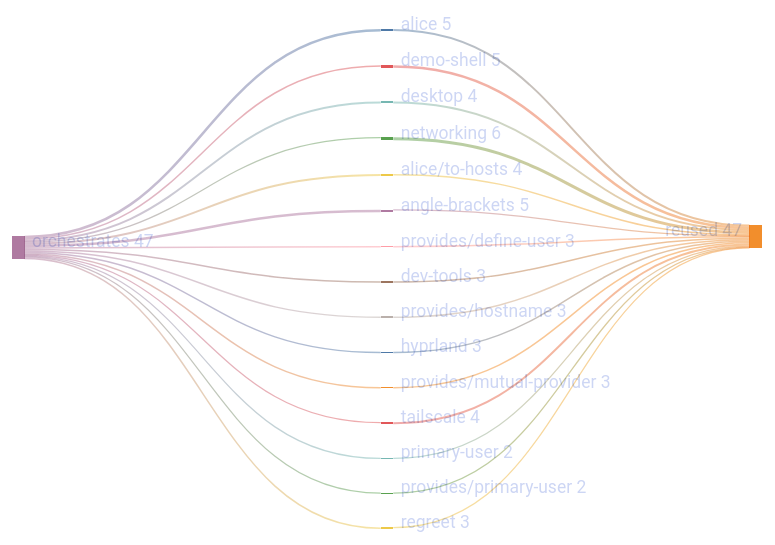
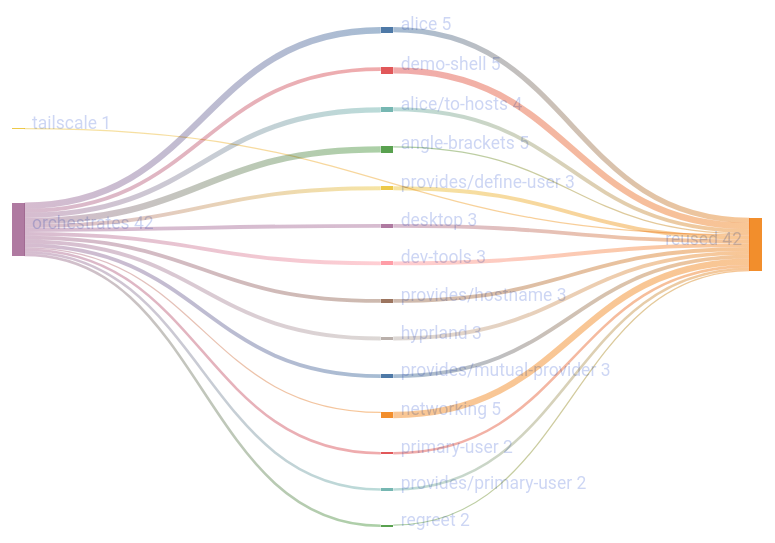
Before and after one commit to sini/den: the diagram in templates/diag-fx-demo/diagrams/angle-brackets-fan.md, drawn with Mermaid. The commit also changed 526 other files, not shown here.

Commit message:
chore: update fx diagrams

````diff
--- a/templates/diag-fx-demo/diagrams/angle-brackets-fan.md
+++ b/templates/diag-fx-demo/diagrams/angle-brackets-fan.md
@@ -5,35 +5,34 @@
 ```mermaid
 %%{init: {"theme":"base","themeVariables":{"activationBkgColor":"#313244","activationBorderColor":"#6c7086","actorBkg":"#313244","actorBorder":"#a6adc8","actorLineColor":"#a6adc8","actorTextColor":"#cdd6f4","background":"#1e1e2e","classText":"#cdd6f4","clusterBkg":"#313244","clusterBorder":"#6c7086","edgeLabelBackground":"#1e1e2e","labelBoxBkgColor":"#313244","labelBoxBorderColor":"#a6adc8","labelTextColor":"#cdd6f4","lineColor":"#a6adc8","loopTextColor":"#cdd6f4","mainBkg":"#313244","nodeBkg":"#313244","nodeBorder":"#a6adc8","nodeTextColor":"#cdd6f4","noteBkgColor":"#313244","noteBorderColor":"#6c7086","noteTextColor":"#cdd6f4","pie1":"#f38ba8","pie2":"#fab387","pie3":"#f9e2af","pie4":"#a6e3a1","pie5":"#94e2d5","pie6":"#89b4fa","pie7":"#cba6f7","pie8":"#f2cdcd","pieLegendTextColor":"#cdd6f4","pieOuterStrokeColor":"#6c7086","pieSectionTextColor":"#cdd6f4","pieStrokeColor":"#6c7086","pieTitleTextColor":"#cdd6f4","primaryBorderColor":"#a6adc8","primaryColor":"#313244","primaryTextColor":"#cdd6f4","secondBkg":"#313244","secondaryBorderColor":"#6c7086","secondaryColor":"#313244","secondaryTextColor":"#cdd6f4","sequenceNumberColor":"#1e1e2e","signalColor":"#a6adc8","signalTextColor":"#cdd6f4","tertiaryBorderColor":"#6c7086","tertiaryColor":"#313244","tertiaryTextColor":"#cdd6f4","textColor":"#cdd6f4","titleColor":"#cdd6f4"}}}%%
 sankey-beta
 
 "alice","reused",4
 "demo-shell","reused",5
-"desktop","reused",4
-"networking","reused",6
 "alice/to-hosts","reused",3
 "angle-brackets","reused",1
 "provides/define-user","reused",3
+"desktop","reused",3
 "dev-tools","reused",3
 "provides/hostname","reused",3
 "hyprland","reused",3
 "provides/mutual-provider","reused",3
-"tailscale","reused",4
+"networking","reused",5
 "primary-user","reused",2
 "provides/primary-user","reused",2
 "regreet","reused",1
+"tailscale","reused",1
 "orchestrates","alice",5
 "orchestrates","demo-shell",3
-"orchestrates","desktop",4
-"orchestrates","networking",2
 "orchestrates","alice/to-hosts",4
 "orchestrates","angle-brackets",5
 "orchestrates","provides/define-user",3
+"orchestrates","desktop",3
 "orchestrates","dev-tools",3
 "orchestrates","provides/hostname",3
 "orchestrates","hyprland",3
 "orchestrates","provides/mutual-provider",3
-"orchestrates","tailscale",2
+"orchestrates","networking",1
 "orchestrates","primary-user",2
 "orchestrates","provides/primary-user",2
-"orchestrates","regreet",3
+"orchestrates","regreet",2
 ```
````
